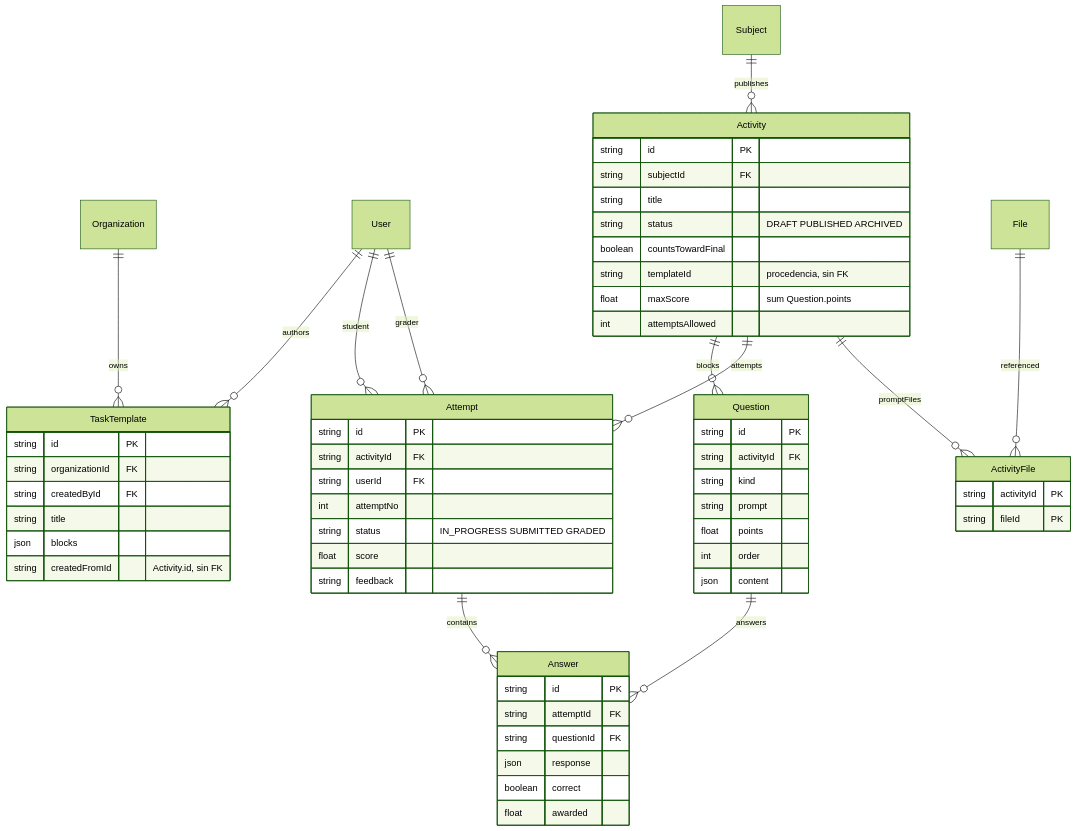
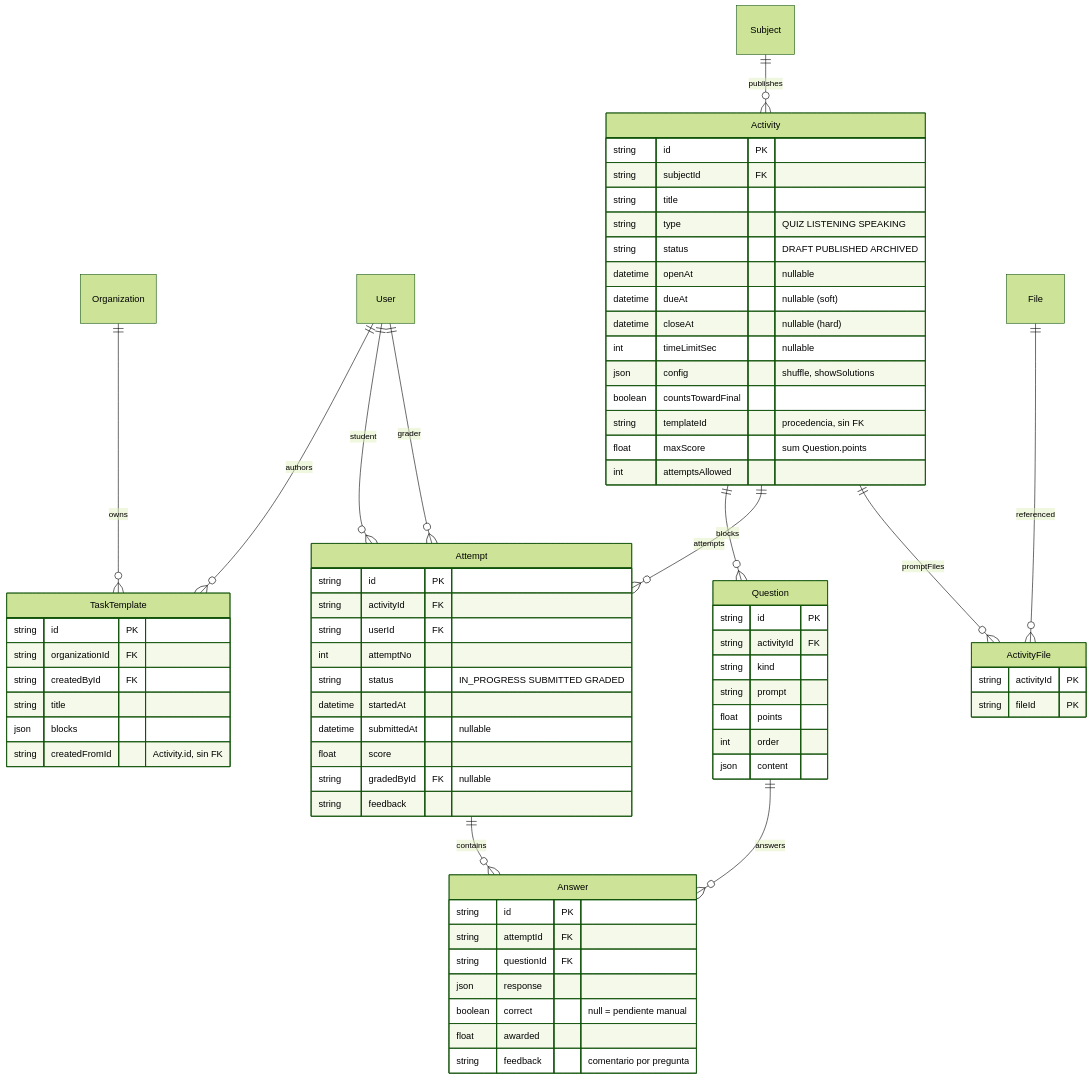
One commit to Klass42/ft_trascendence changed the third of 13 diagrams in docs/diagrams.md. Above: the diagram before and after it, drawn with Mermaid (forest theme). The commit also changed other lines of this file and 2 other files, not shown here.

Commit message:
docs: sync diagrams/checklist with staging and add subject defense guide (#153)

````diff
--- a/docs/diagrams.md
+++ b/docs/diagrams.md
@@ -226,63 +229,73 @@
 ```mermaid
 erDiagram
   Organization ||--o{ TaskTemplate : owns
   User ||--o{ TaskTemplate : authors
   Subject ||--o{ Activity : publishes
   Activity ||--o{ Question : blocks
   Activity ||--o{ Attempt : attempts
   Activity ||--o{ ActivityFile : promptFiles
   File ||--o{ ActivityFile : referenced
   Question ||--o{ Answer : answers
   Attempt ||--o{ Answer : contains
   User ||--o{ Attempt : student
   User ||--o{ Attempt : grader
 
   TaskTemplate {
     string id PK
     string organizationId FK
     string createdById FK
     string title
     json blocks
     string createdFromId "Activity.id, sin FK"
   }
   Activity {
     string id PK
     string subjectId FK
     string title
+    string type "QUIZ LISTENING SPEAKING"
     string status "DRAFT PUBLISHED ARCHIVED"
+    datetime openAt "nullable"
+    datetime dueAt "nullable (soft)"
+    datetime closeAt "nullable (hard)"
+    int timeLimitSec "nullable"
+    json config "shuffle, showSolutions"
     boolean countsTowardFinal
     string templateId "procedencia, sin FK"
     float maxScore "sum Question.points"
     int attemptsAllowed
   }
   Question {
     string id PK
     string activityId FK
     string kind
     string prompt
     float points
     int order
     json content
   }
   Attempt {
     string id PK
     string activityId FK
     string userId FK
     int attemptNo
     string status "IN_PROGRESS SUBMITTED GRADED"
+    datetime startedAt
+    datetime submittedAt "nullable"
     float score
+    string gradedById FK "nullable"
     string feedback
   }
   Answer {
     string id PK
     string attemptId FK
     string questionId FK
     json response
-    boolean correct
+    boolean correct "null = pendiente manual"
     float awarded
+    string feedback "comentario por pregunta"
   }
   ActivityFile {
     string activityId PK
     string fileId PK
   }
 ```
````
